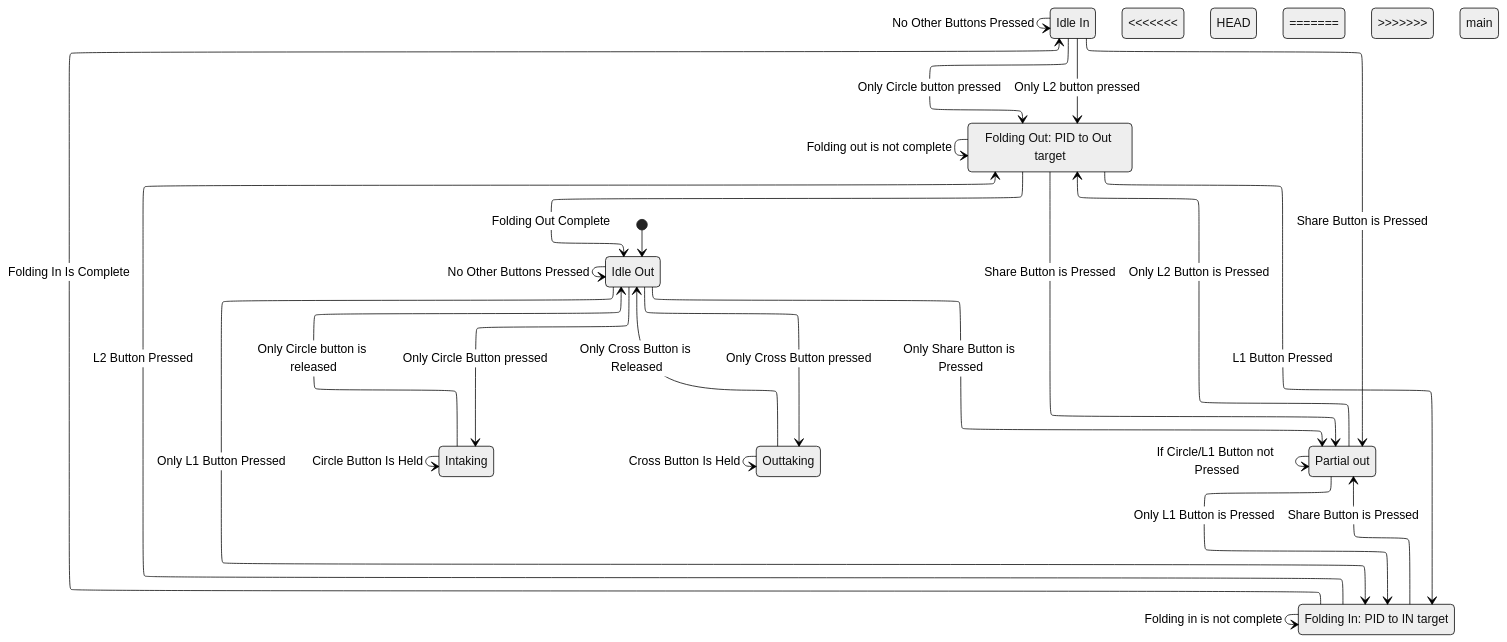
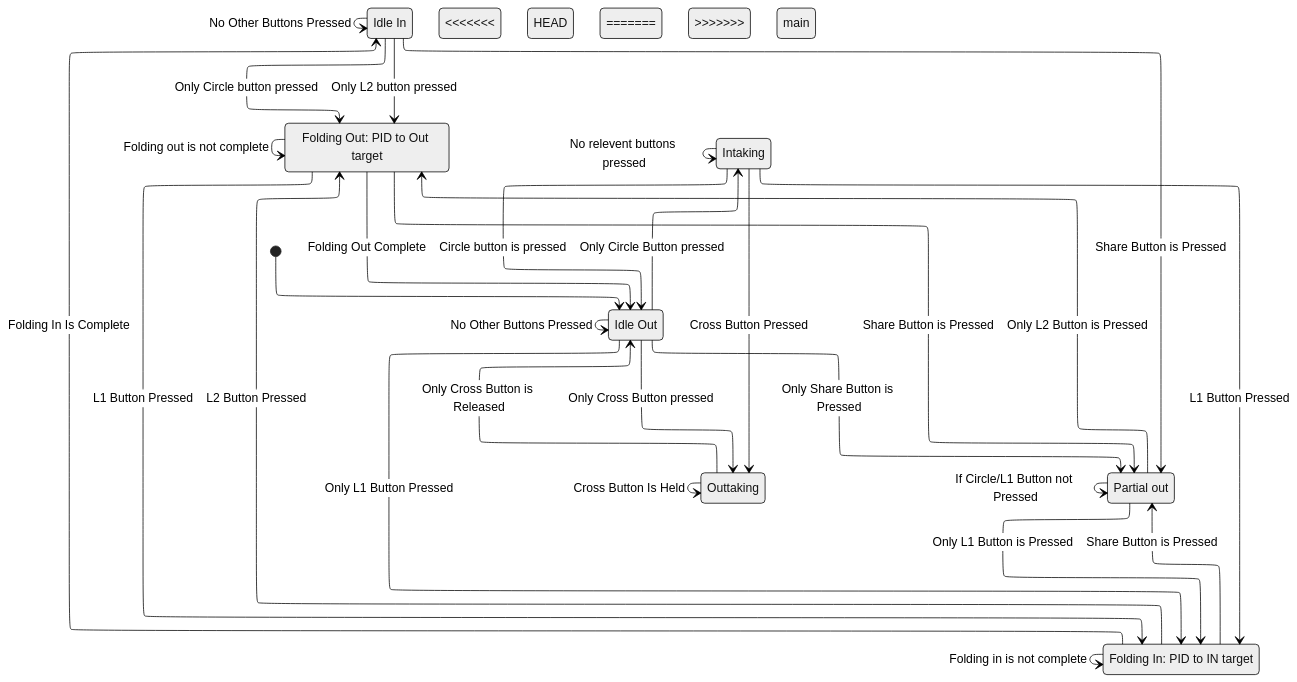
The diagram in doc/IntakeFSM.md (Tino-FRC-2473/FRC2026), drawn with Mermaid (neutral theme) before and after one commit. The commit also changed 4 other files, not shown here.

````diff
--- a/doc/IntakeFSM.md
+++ b/doc/IntakeFSM.md
@@ -3,43 +3,45 @@
 ```mermaid
 ---
 config:
   layout: elk
 ---
 stateDiagram-v2
   state "Folding Out: PID to Out target" as FOLD_OUT_STATE
   state "Intaking" as INTAKE_STATE
   state "Idle In" as IDLE_IN_STATE
   state "Idle Out" as IDLE_OUT_STATE
   state "Outtaking" as OUTTAKE_STATE
   state "Partial out" as PARTIAL_OUT_STATE
   state "Folding In: PID to IN target" as FOLD_IN_STATE
 
   [*] --> IDLE_OUT_STATE 
 <<<<<<< HEAD
   IDLE_IN_STATE --> FOLD_OUT_STATE: Only L2 button pressed
 =======
   IDLE_IN_STATE --> FOLD_OUT_STATE: Only Circle button pressed
 >>>>>>> main
   FOLD_OUT_STATE --> IDLE_OUT_STATE: Folding Out Complete 
   IDLE_OUT_STATE --> INTAKE_STATE: Only Circle Button pressed
   IDLE_OUT_STATE --> OUTTAKE_STATE: Only Cross Button pressed
-  INTAKE_STATE --> IDLE_OUT_STATE: Only Circle button is released
+  INTAKE_STATE --> IDLE_OUT_STATE: Circle button is pressed
   OUTTAKE_STATE --> IDLE_OUT_STATE: Only Cross Button is Released
   IDLE_OUT_STATE --> FOLD_IN_STATE: Only L1 Button Pressed
   FOLD_IN_STATE --> IDLE_IN_STATE: Folding In Is Complete
-  INTAKE_STATE --> INTAKE_STATE: Circle Button Is Held
+  INTAKE_STATE --> INTAKE_STATE: No relevent buttons pressed
   OUTTAKE_STATE --> OUTTAKE_STATE: Cross Button Is Held
   IDLE_OUT_STATE --> IDLE_OUT_STATE: No Other Buttons Pressed
   IDLE_IN_STATE --> IDLE_IN_STATE: No Other Buttons Pressed
   FOLD_OUT_STATE --> FOLD_OUT_STATE: Folding out is not complete
   FOLD_IN_STATE --> FOLD_IN_STATE: Folding in is not complete
   IDLE_OUT_STATE --> PARTIAL_OUT_STATE: Only Share Button is Pressed
   PARTIAL_OUT_STATE --> FOLD_IN_STATE: Only L1 Button is Pressed
   PARTIAL_OUT_STATE --> FOLD_OUT_STATE: Only L2 Button is Pressed
   PARTIAL_OUT_STATE --> PARTIAL_OUT_STATE: If Circle/L1 Button not Pressed
   IDLE_IN_STATE --> PARTIAL_OUT_STATE: Share Button is Pressed
   FOLD_IN_STATE --> PARTIAL_OUT_STATE: Share Button is Pressed
   FOLD_OUT_STATE --> PARTIAL_OUT_STATE: Share Button is Pressed
   FOLD_OUT_STATE --> FOLD_IN_STATE: L1 Button Pressed
   FOLD_IN_STATE --> FOLD_OUT_STATE: L2 Button Pressed
+  INTAKE_STATE --> FOLD_IN_STATE: L1 Button Pressed
+  INTAKE_STATE --> OUTTAKE_STATE: Cross Button Pressed  
 ```
````
